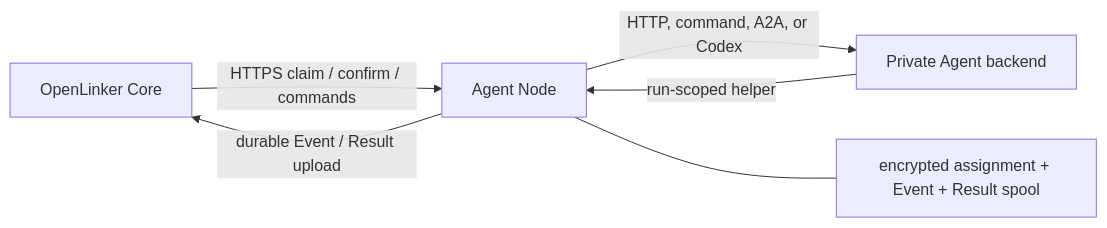
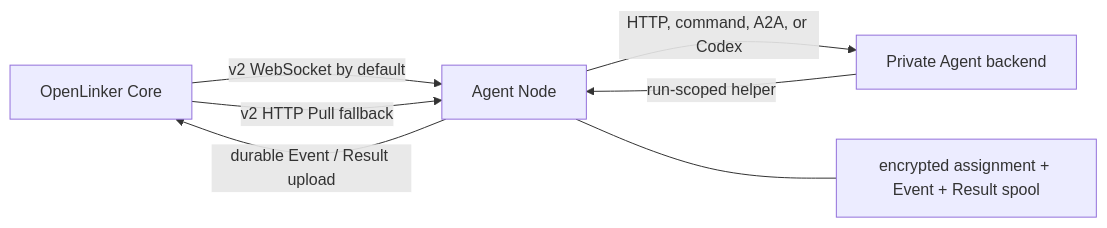
One commit to OpenLinker-ai/openlinker-agent-node changed the diagram in README.md. Above: the diagram before and after it, drawn with Mermaid. The commit also changed other lines of this file and 48 other files, not shown here.

````diff
--- a/README.md
+++ b/README.md
@@ -39,8 +48,9 @@
 ```mermaid
 flowchart LR
-  Core["OpenLinker Core"] -->|"HTTPS claim / confirm / commands"| Node["Agent Node"]
+  Core["OpenLinker Core"] -->|"v2 WebSocket by default"| Node["Agent Node"]
+  Core -->|"v2 HTTP Pull fallback"| Node
   Node -->|"HTTP, command, A2A, or Codex"| Backend["Private Agent backend"]
   Backend -->|"run-scoped helper"| Node
   Node -->|"durable Event / Result upload"| Core
   Node --- Store["encrypted assignment + Event + Result spool"]
 ```
````
